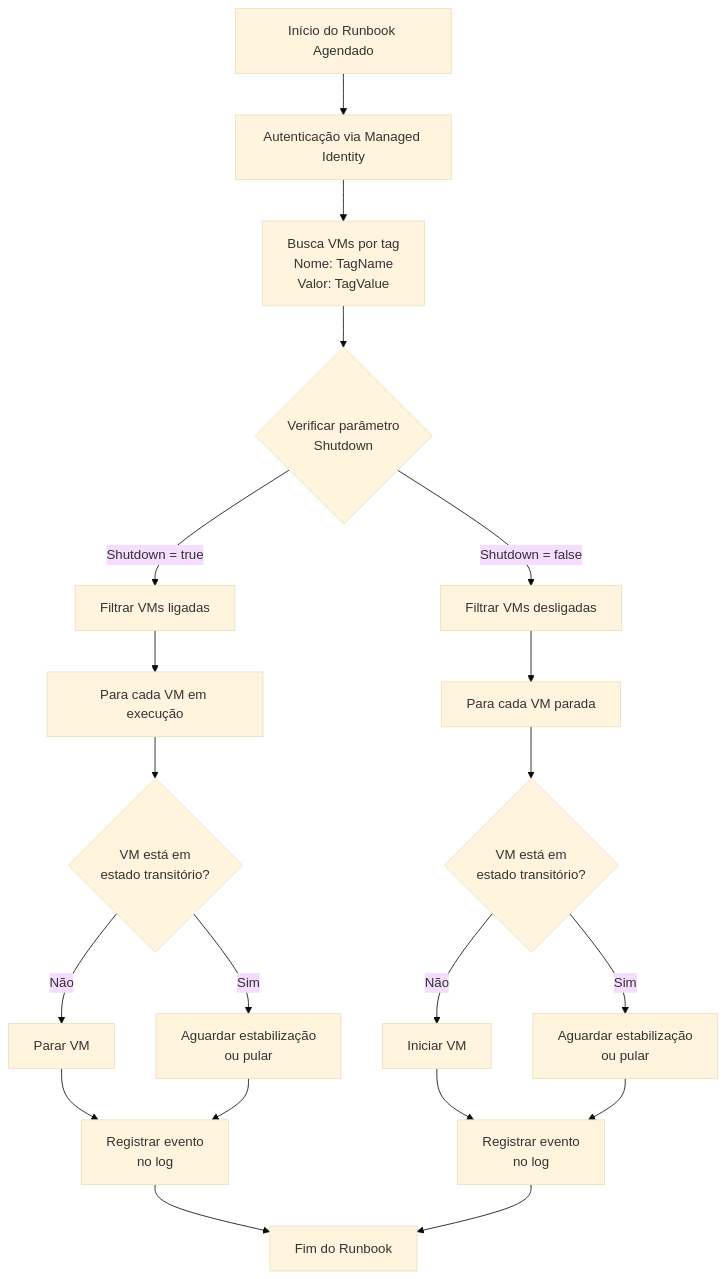
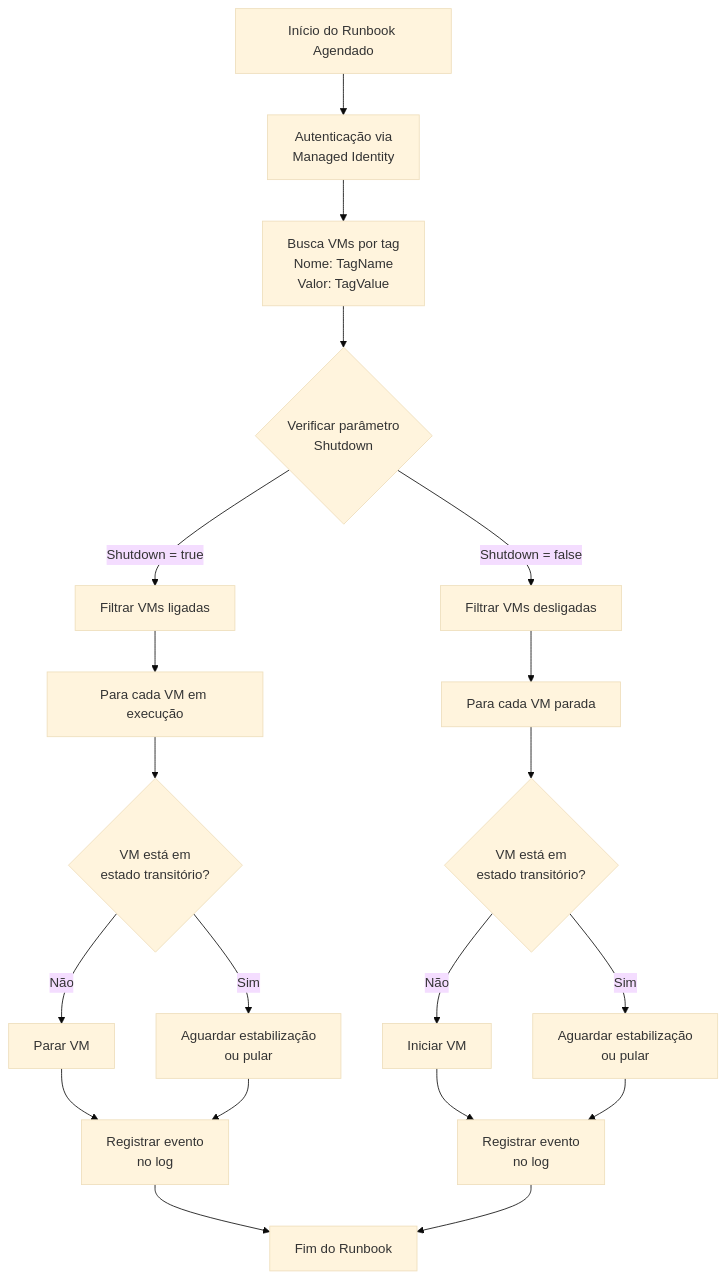
One commit to mathewsbuzetti/azure-vm-start-stop changed the diagram in README.md. Above: the diagram before and after it, drawn with Mermaid (base theme).

````diff
--- a/README.md
+++ b/README.md
@@ -46,36 +46,37 @@
 ```mermaid
 flowchart TD
-    A[Início do Runbook Agendado] --> B[Autenticação via Managed Identity]
+    A[Início do Runbook Agendado] --> B[Autenticação via 
+    Managed Identity]
     B --> C[Busca VMs por tag
     Nome: TagName
     Valor: TagValue]
     C --> D{Verificar parâmetro
     Shutdown}
     
     D -->|Shutdown = true| E[Filtrar VMs ligadas]
     D -->|Shutdown = false| F[Filtrar VMs desligadas]
     
     E --> G[Para cada VM em execução]
     F --> H[Para cada VM parada]
     
     G --> G1{VM está em
     estado transitório?}
     G1 -->|Sim| G2[Aguardar estabilização
     ou pular]
     G1 -->|Não| G3[Parar VM]
     G3 --> G4[Registrar evento
     no log]
     G2 --> G4
     
     H --> H1{VM está em
     estado transitório?}
     H1 -->|Sim| H2[Aguardar estabilização
     ou pular]
     H1 -->|Não| H3[Iniciar VM]
     H3 --> H4[Registrar evento
     no log]
     H2 --> H4
     
     G4 --> I[Fim do Runbook]
     H4 --> I
 ```
````
